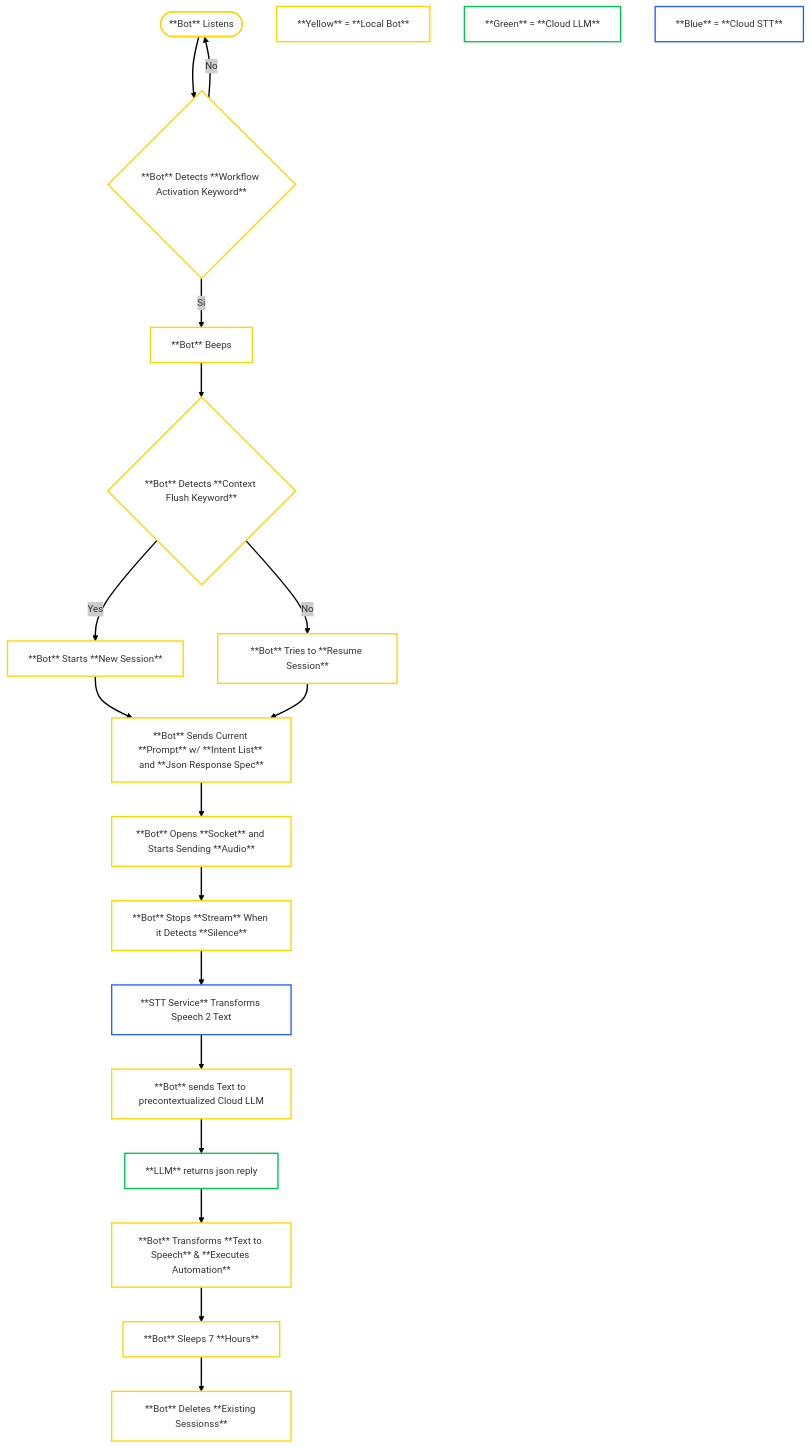
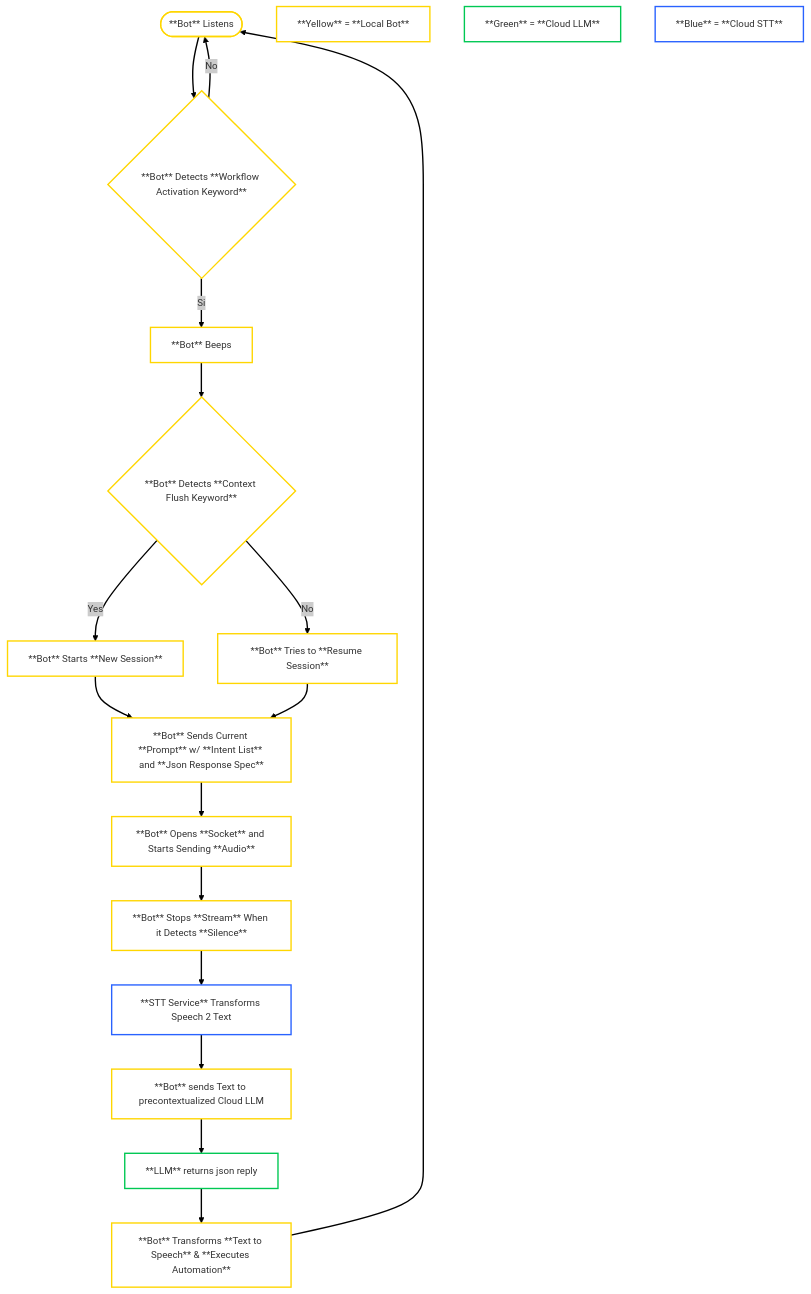
Before and after one commit to andresmascl/scrapbot.ai: the diagram in 10KFEETVIEW.mmd, drawn with Mermaid.

```diff
--- a/10KFEETVIEW.mmd
+++ b/10KFEETVIEW.mmd
@@ -1,49 +1,46 @@
 ---
 config:
   theme: neo
 ---
 flowchart TB
     A(["**Bot** Listens"]) --> C["**Bot** Detects **Workflow Activation Keyword**"]
     C -- Si --> n4["**Bot** Beeps"]
     n1["**Bot** Detects **Context Flush Keyword**"] -- Yes --> n2["**Bot** Starts **New Session**"]
     n2 --> n3["**Bot** Sends Current **Prompt** w/ **Intent List** and **Json Response Spec**"]
     n4 --> n1
     C -- No --> A
     n3 --> n5["**Bot** Opens **Socket** and Starts Sending **Audio**"]
     n1 -- No --> n6["**Bot** Tries to **Resume Session**"]
     n6 --> n3
     n5 --> n7["**Bot** Stops **Stream** When it Detects **Silence**"]
     n11["**STT Service** Transforms Speech 2 Text"] --> n23["**Bot** sends Text to precontextualized Cloud LLM"]
-    n15["**Bot** Transforms **Text to Speech** &amp; **Executes Automation**"] --> n20["**Bot** Sleeps 7 **Hours**"]
-    n20 --> n21["**Bot** Deletes **Existing Sessionss**"]
+    n15["**Bot** Transforms **Text to Speech** &amp; **Executes Automation**"] --> A
     n23 --> n24["**LLM** returns json reply"]
     n7 --> n11
     n24 --> n15
     n18["**Yellow** = **Local Bot**"]
     n19["**Green** = **Cloud LLM**"]
     n25["**Blue** = **Cloud STT**"]
 
     C@{ shape: diam}
     n1@{ shape: diam}
     n7@{ shape: rect}
     n18@{ shape: rect}
     n19@{ shape: rect}
     n25@{ shape: rect}
     style A stroke:#FFD600
     style C stroke:#FFD600
     style n4 stroke:#FFD600
     style n1 stroke:#FFD600
     style n2 stroke:#FFD600
     style n3 stroke:#FFD600
     style n5 stroke:#FFD600
     style n6 stroke:#FFD600
     style n7 stroke:#FFD600
     style n11 stroke:#2962FF
     style n23 stroke:#FFD600
     style n15 stroke:#FFD600
-    style n20 stroke:#FFD600
-    style n21 stroke:#FFD600
     style n24 stroke:#00C853
     style n18 stroke:#FFD600
     style n19 stroke:#00C853
     style n25 stroke:#2962FF
```
